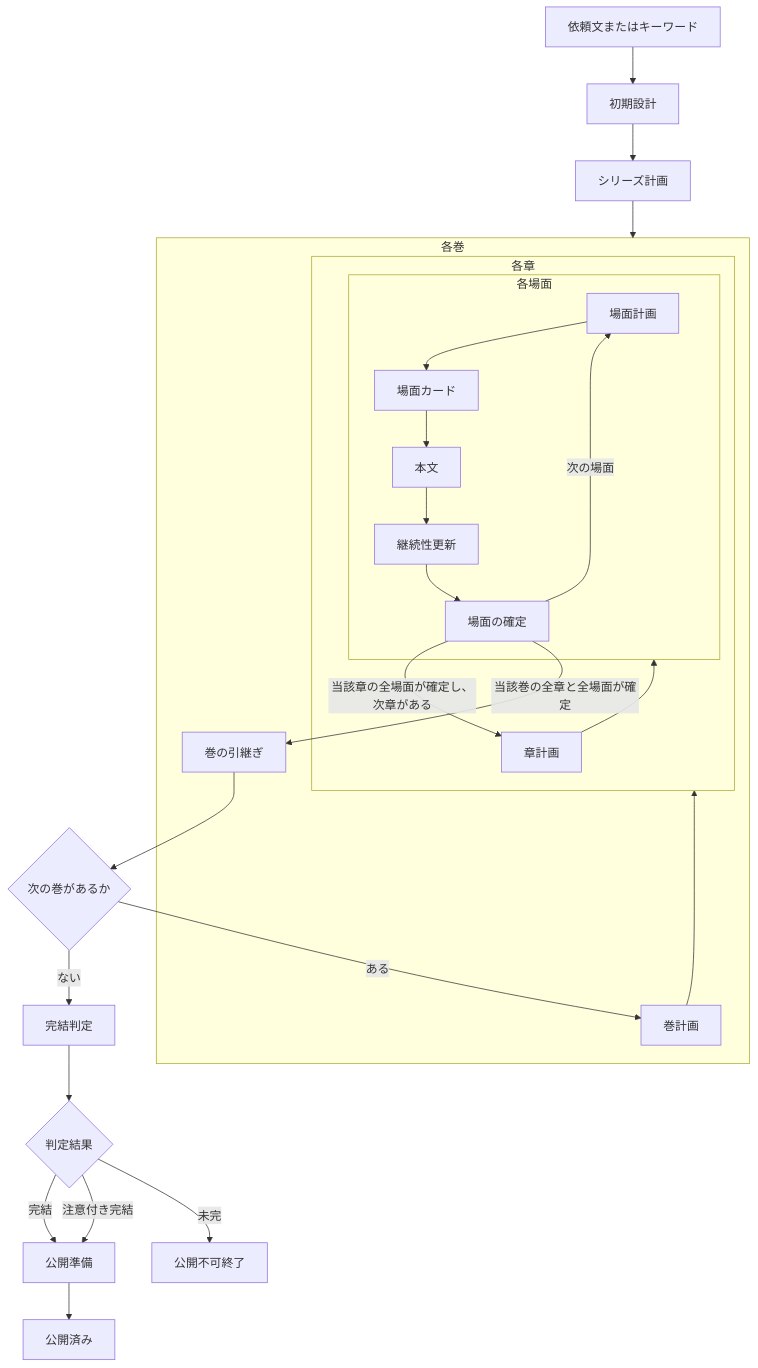
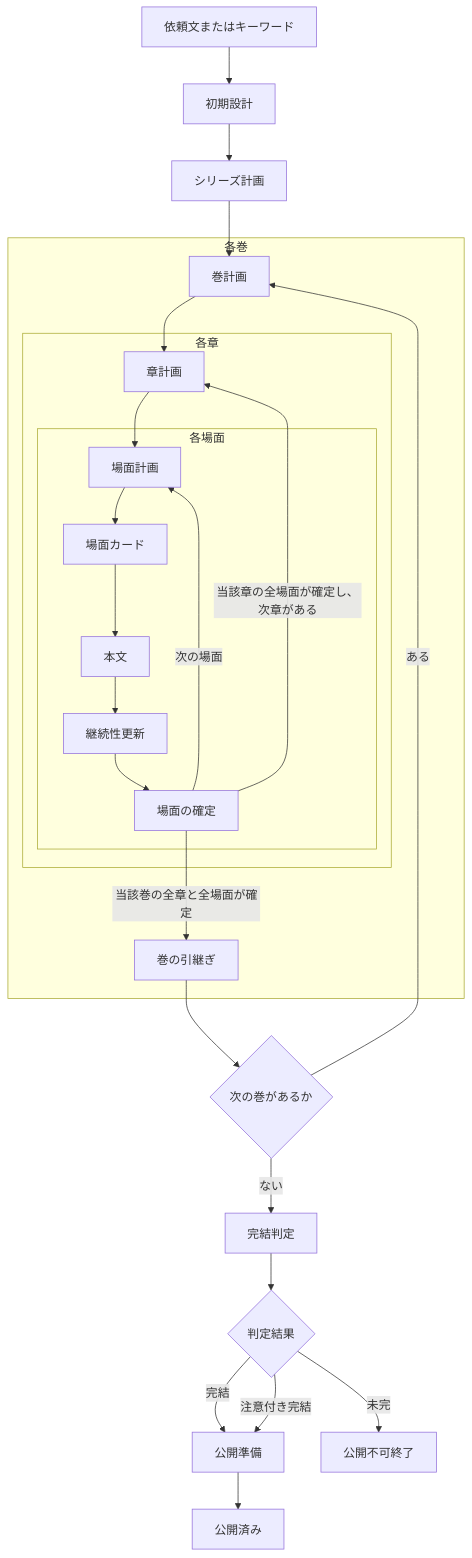
One commit to goura32/storycraft changed the diagram in docs/SPECIFICATION.md. Above: the diagram before and after it, drawn with Mermaid.

Commit message:
docs: correct production workflow diagram

````diff
--- a/docs/SPECIFICATION.md
+++ b/docs/SPECIFICATION.md
@@ -63,29 +63,29 @@
 ```mermaid
 flowchart TD
   I[依頼文またはキーワード] --> D[初期設計]
   D --> S[シリーズ計画]
-  S --> V
+  S --> VP[巻計画]
   subgraph V[各巻]
-    VP[巻計画] --> C
+    VP --> CP[章計画]
     subgraph C[各章]
-      CP[章計画] --> P
+      CP --> SP[場面計画]
       subgraph P[各場面]
-        SP[場面計画] --> K[場面カード]
+        SP --> K[場面カード]
         K --> W[本文]
         W --> N[継続性更新]
         N --> M[場面の確定]
         M -->|次の場面| SP
       end
       M -->|当該章の全場面が確定し、次章がある| CP
     end
     M -->|当該巻の全章と全場面が確定| H[巻の引継ぎ]
   end
   H --> X{次の巻があるか}
   X -->|ある| VP
   X -->|ない| Q[完結判定]
   Q --> R{判定結果}
   R -->|完結| U[公開準備]
   R -->|注意付き完結| U
   R -->|未完| Z[公開不可終了]
   U --> E[公開済み]
 ```
````
